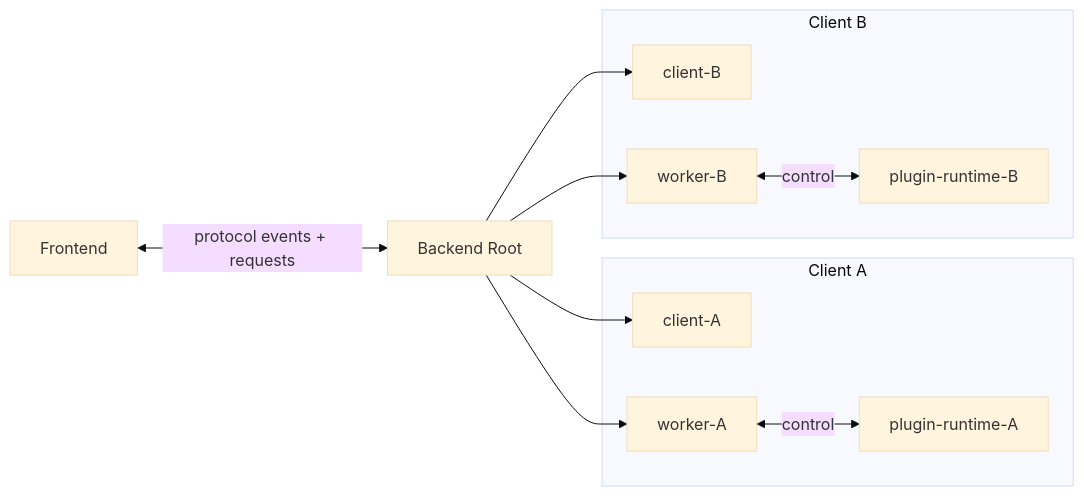
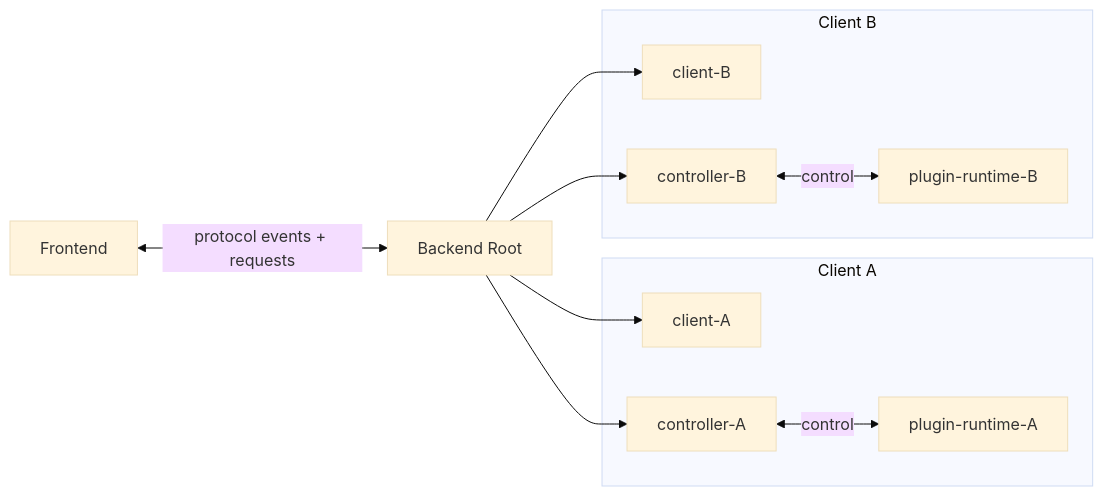
Before and after one commit to notawhaleble/jusi: the sixth of 6 diagrams in docs/backend-map.md, drawn with Mermaid (base theme). The commit also changed other lines of this file and 9 other files, not shown here.

````diff
--- a/docs/backend-map.md
+++ b/docs/backend-map.md
@@ -452,25 +449,25 @@
 ```mermaid
 flowchart LR
     F[Frontend]
     B[Backend Root]
 
     subgraph Client A
         CA[client-A]
-        WA[worker-A]
+        WA[controller-A]
         PA[plugin-runtime-A]
     end
 
     subgraph Client B
         CB[client-B]
-        WB[worker-B]
+        WB[controller-B]
         PB[plugin-runtime-B]
     end
 
     F <-->|protocol events + requests| B
     B --> CA
     B --> CB
     B --> WA
     B --> WB
     WA <-->|control| PA
     WB <-->|control| PB
 ```
````
